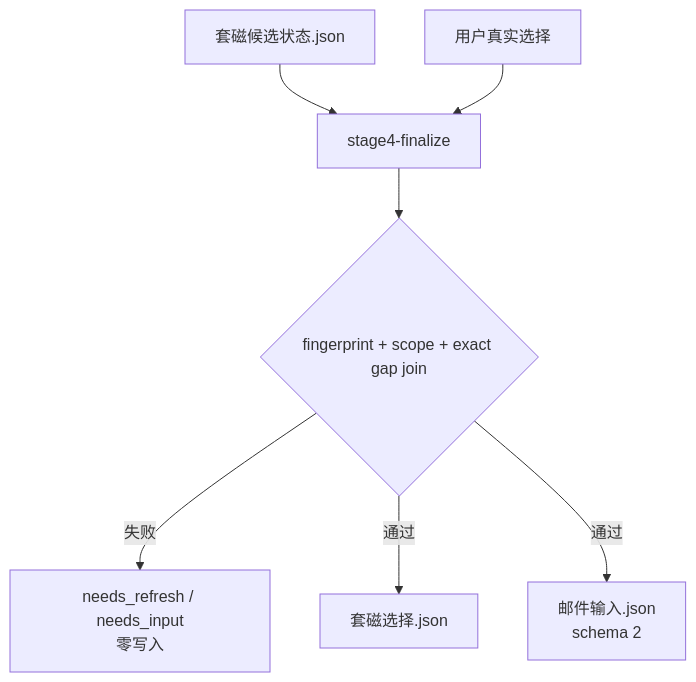
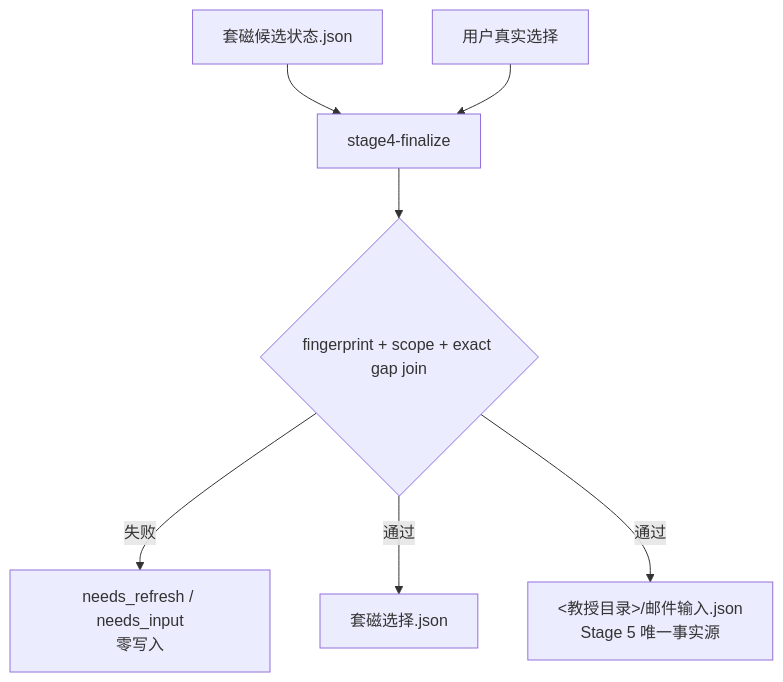
Before and after one commit to ScholarWorkflow/professor-contact: the sixth of 10 diagrams in .apm/skills/professor-contact/docs/workflow-reference.md, drawn with Mermaid. The commit also changed other lines of this file and 9 other files, not shown here.

````diff
--- a/.apm/skills/professor-contact/docs/workflow-reference.md
+++ b/.apm/skills/professor-contact/docs/workflow-reference.md
@@ -219,16 +221,16 @@
 ```mermaid
 flowchart TD
     ST["套磁候选状态.json"]
     USER["用户真实选择"]
     F["stage4-finalize"]
     G{"fingerprint + scope + exact gap join"}
     STOP["needs_refresh / needs_input<br/>零写入"]
     SEL["套磁选择.json"]
-    MAIL["邮件输入.json<br/>schema 2"]
+    MAIL["<教授目录>/邮件输入.json<br/>Stage 5 唯一事实源"]
 
     ST --> F
     USER --> F --> G
     G -->|"失败"| STOP
     G -->|"通过"| SEL
     G -->|"通过"| MAIL
 ```
````
